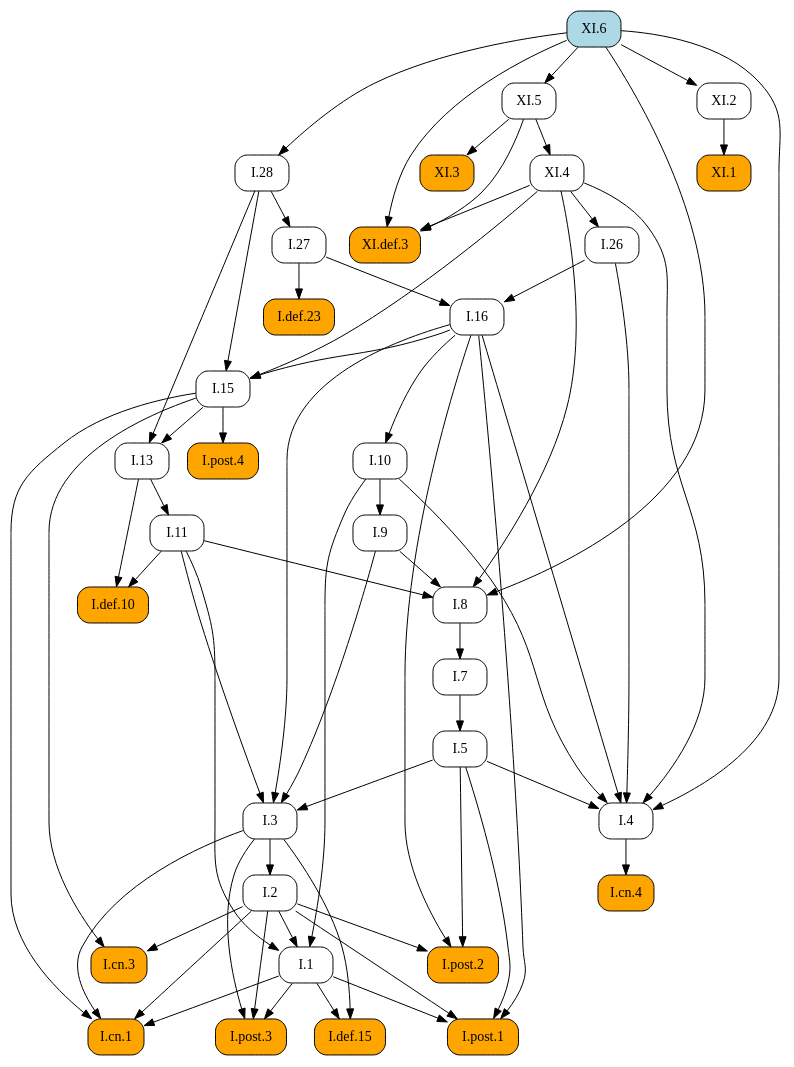
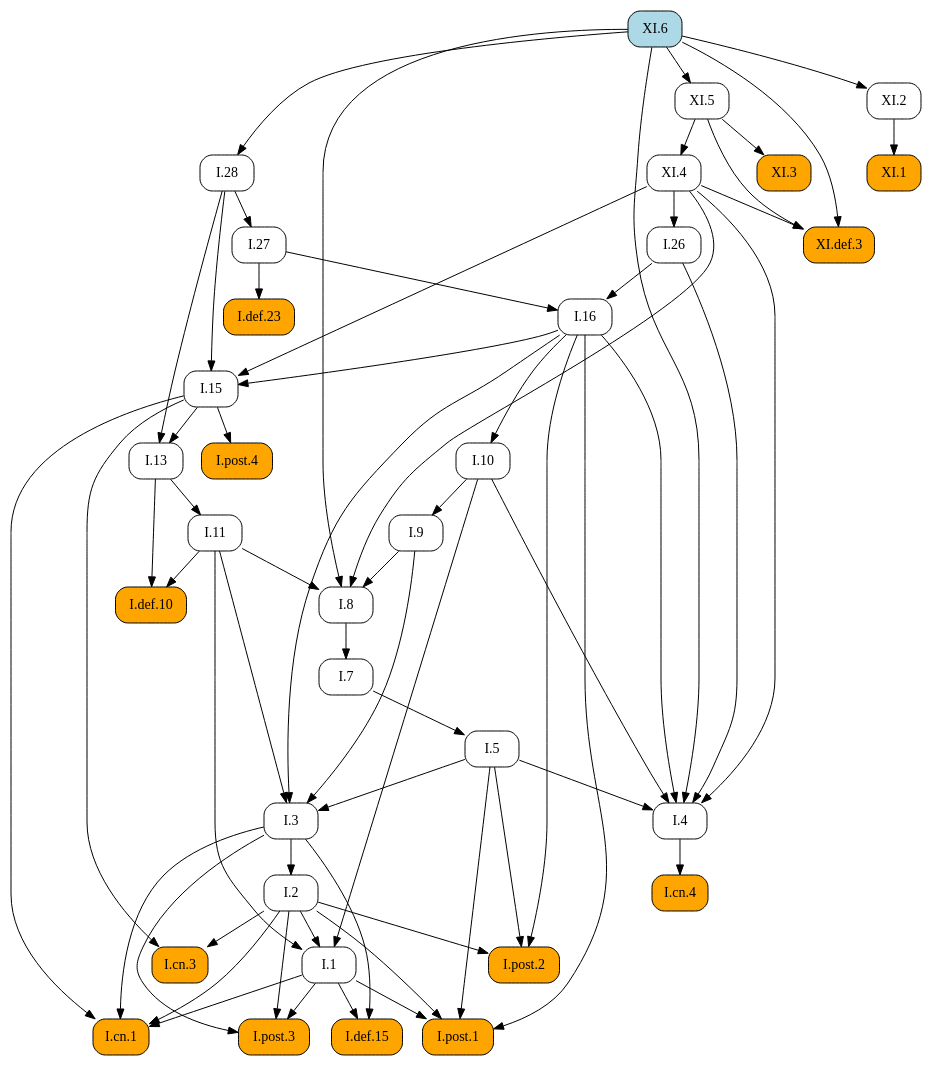
One commit to geometor/elements changed the diagram in docsrc/heath/XI/6/index.rst. Above: the diagram before and after it, drawn with Graphviz. The commit also changed other lines of this file and 484 other files, not shown here.

```diff
--- a/docsrc/heath/XI/6/index.rst
+++ b/docsrc/heath/XI/6/index.rst
@@ -49,101 +49,101 @@
    digraph {
      rankdir="TB";
      node [shape=box, style=rounded];
+     "I.9" [URL="/heath/I/9/", target="_top"];
+     "XI.4" [URL="/heath/XI/4/", target="_top"];
+     "I.def.15" [style="rounded,filled", fillcolor=orange, URL="/heath/I/def.15/", target="_top"];
+     "XI.6" [style="rounded,filled", fillcolor=lightblue, URL="/heath/XI/6/", target="_top"];
+     "I.post.3" [style="rounded,filled", fillcolor=orange, URL="/heath/I/post.3/", target="_top"];
+     "I.post.1" [style="rounded,filled", fillcolor=orange, URL="/heath/I/post.1/", target="_top"];
+     "XI.3" [style="rounded,filled", fillcolor=orange, URL="/heath/XI/3/", target="_top"];
      "I.def.10" [style="rounded,filled", fillcolor=orange, URL="/heath/I/def.10/", target="_top"];
      "XI.def.3" [style="rounded,filled", fillcolor=orange, URL="/heath/XI/def.3/", target="_top"];
+     "I.27" [URL="/heath/I/27/", target="_top"];
+     "XI.2" [URL="/heath/XI/2/", target="_top"];
+     "I.3" [URL="/heath/I/3/", target="_top"];
+     "I.cn.1" [style="rounded,filled", fillcolor=orange, URL="/heath/I/cn.1/", target="_top"];
+     "I.7" [URL="/heath/I/7/", target="_top"];
+     "I.2" [URL="/heath/I/2/", target="_top"];
+     "I.13" [URL="/heath/I/13/", target="_top"];
+     "I.post.4" [style="rounded,filled", fillcolor=orange, URL="/heath/I/post.4/", target="_top"];
+     "I.4" [URL="/heath/I/4/", target="_top"];
+     "I.1" [URL="/heath/I/1/", target="_top"];
+     "I.5" [URL="/heath/I/5/", target="_top"];
+     "I.8" [URL="/heath/I/8/", target="_top"];
+     "I.cn.3" [style="rounded,filled", fillcolor=orange, URL="/heath/I/cn.3/", target="_top"];
+     "XI.5" [URL="/heath/XI/5/", target="_top"];
+     "I.16" [URL="/heath/I/16/", target="_top"];
+     "I.15" [URL="/heath/I/15/", target="_top"];
+     "I.10" [URL="/heath/I/10/", target="_top"];
      "I.11" [URL="/heath/I/11/", target="_top"];
+     "I.def.23" [style="rounded,filled", fillcolor=orange, URL="/heath/I/def.23/", target="_top"];
      "I.28" [URL="/heath/I/28/", target="_top"];
-     "I.post.4" [style="rounded,filled", fillcolor=orange, URL="/heath/I/post.4/", target="_top"];
-     "I.1" [URL="/heath/I/1/", target="_top"];
+     "I.cn.4" [style="rounded,filled", fillcolor=orange, URL="/heath/I/cn.4/", target="_top"];
+     "XI.1" [style="rounded,filled", fillcolor=orange, URL="/heath/XI/1/", target="_top"];
+     "I.post.2" [style="rounded,filled", fillcolor=orange, URL="/heath/I/post.2/", target="_top"];
      "I.26" [URL="/heath/I/26/", target="_top"];
-     "I.def.15" [style="rounded,filled", fillcolor=orange, URL="/heath/I/def.15/", target="_top"];
-     "I.post.3" [style="rounded,filled", fillcolor=orange, URL="/heath/I/post.3/", target="_top"];
-     "XI.5" [URL="/heath/XI/5/", target="_top"];
-     "XI.1" [style="rounded,filled", fillcolor=orange, URL="/heath/XI/1/", target="_top"];
-     "I.cn.1" [style="rounded,filled", fillcolor=orange, URL="/heath/I/cn.1/", target="_top"];
-     "I.cn.3" [style="rounded,filled", fillcolor=orange, URL="/heath/I/cn.3/", target="_top"];
-     "XI.2" [URL="/heath/XI/2/", target="_top"];
-     "I.post.1" [style="rounded,filled", fillcolor=orange, URL="/heath/I/post.1/", target="_top"];
-     "XI.6" [style="rounded,filled", fillcolor=lightblue, URL="/heath/XI/6/", target="_top"];
-     "I.27" [URL="/heath/I/27/", target="_top"];
-     "I.7" [URL="/heath/I/7/", target="_top"];
-     "I.3" [URL="/heath/I/3/", target="_top"];
-     "I.2" [URL="/heath/I/2/", target="_top"];
-     "I.4" [URL="/heath/I/4/", target="_top"];
-     "I.def.23" [style="rounded,filled", fillcolor=orange, URL="/heath/I/def.23/", target="_top"];
-     "I.13" [URL="/heath/I/13/", target="_top"];
-     "I.post.2" [style="rounded,filled", fillcolor=orange, URL="/heath/I/post.2/", target="_top"];
-     "I.16" [URL="/heath/I/16/", target="_top"];
-     "I.9" [URL="/heath/I/9/", target="_top"];
-     "I.8" [URL="/heath/I/8/", target="_top"];
-     "I.cn.4" [style="rounded,filled", fillcolor=orange, URL="/heath/I/cn.4/", target="_top"];
-     "I.15" [URL="/heath/I/15/", target="_top"];
-     "XI.4" [URL="/heath/XI/4/", target="_top"];
-     "I.10" [URL="/heath/I/10/", target="_top"];
-     "I.5" [URL="/heath/I/5/", target="_top"];
-     "XI.3" [style="rounded,filled", fillcolor=orange, URL="/heath/XI/3/", target="_top"];
+     "I.10" -> "I.9";
+     "XI.5" -> "XI.4";
+     "I.1" -> "I.def.15";
+     "I.3" -> "I.def.15";
+     "I.1" -> "I.post.3";
+     "I.2" -> "I.post.3";
+     "I.3" -> "I.post.3";
+     "I.1" -> "I.post.1";
+     "I.2" -> "I.post.1";
+     "I.5" -> "I.post.1";
+     "I.16" -> "I.post.1";
+     "XI.5" -> "XI.3";
      "I.11" -> "I.def.10";
      "I.13" -> "I.def.10";
      "XI.4" -> "XI.def.3";
      "XI.5" -> "XI.def.3";
      "XI.6" -> "XI.def.3";
-     "I.13" -> "I.11";
-     "XI.6" -> "I.28";
-     "I.15" -> "I.post.4";
-     "I.2" -> "I.1";
-     "I.10" -> "I.1";
-     "I.11" -> "I.1";
-     "XI.4" -> "I.26";
-     "I.1" -> "I.def.15";
-     "I.3" -> "I.def.15";
-     "I.1" -> "I.post.3";
-     "I.2" -> "I.post.3";
-     "I.3" -> "I.post.3";
-     "XI.6" -> "XI.5";
-     "XI.2" -> "XI.1";
+     "I.28" -> "I.27";
+     "XI.6" -> "XI.2";
+     "I.5" -> "I.3";
+     "I.9" -> "I.3";
+     "I.11" -> "I.3";
+     "I.16" -> "I.3";
      "I.1" -> "I.cn.1";
      "I.2" -> "I.cn.1";
      "I.3" -> "I.cn.1";
      "I.15" -> "I.cn.1";
-     "I.2" -> "I.cn.3";
-     "I.15" -> "I.cn.3";
-     "XI.6" -> "XI.2";
-     "I.1" -> "I.post.1";
-     "I.2" -> "I.post.1";
-     "I.5" -> "I.post.1";
-     "I.16" -> "I.post.1";
-     "I.28" -> "I.27";
      "I.8" -> "I.7";
-     "I.5" -> "I.3";
-     "I.9" -> "I.3";
-     "I.11" -> "I.3";
-     "I.16" -> "I.3";
      "I.3" -> "I.2";
+     "I.15" -> "I.13";
+     "I.28" -> "I.13";
+     "I.15" -> "I.post.4";
      "I.5" -> "I.4";
      "I.10" -> "I.4";
      "I.16" -> "I.4";
      "I.26" -> "I.4";
      "XI.4" -> "I.4";
      "XI.6" -> "I.4";
-     "I.27" -> "I.def.23";
-     "I.15" -> "I.13";
-     "I.28" -> "I.13";
-     "I.2" -> "I.post.2";
-     "I.5" -> "I.post.2";
-     "I.16" -> "I.post.2";
-     "I.26" -> "I.16";
-     "I.27" -> "I.16";
-     "I.10" -> "I.9";
+     "I.2" -> "I.1";
+     "I.10" -> "I.1";
+     "I.11" -> "I.1";
+     "I.7" -> "I.5";
      "I.9" -> "I.8";
      "I.11" -> "I.8";
      "XI.4" -> "I.8";
      "XI.6" -> "I.8";
-     "I.4" -> "I.cn.4";
+     "I.2" -> "I.cn.3";
+     "I.15" -> "I.cn.3";
+     "XI.6" -> "XI.5";
+     "I.26" -> "I.16";
+     "I.27" -> "I.16";
      "I.16" -> "I.15";
      "I.28" -> "I.15";
      "XI.4" -> "I.15";
-     "XI.5" -> "XI.4";
      "I.16" -> "I.10";
-     "I.7" -> "I.5";
-     "XI.5" -> "XI.3";
+     "I.13" -> "I.11";
+     "I.27" -> "I.def.23";
+     "XI.6" -> "I.28";
+     "I.4" -> "I.cn.4";
+     "XI.2" -> "XI.1";
+     "I.2" -> "I.post.2";
+     "I.5" -> "I.post.2";
+     "I.16" -> "I.post.2";
+     "XI.4" -> "I.26";
    }
```
